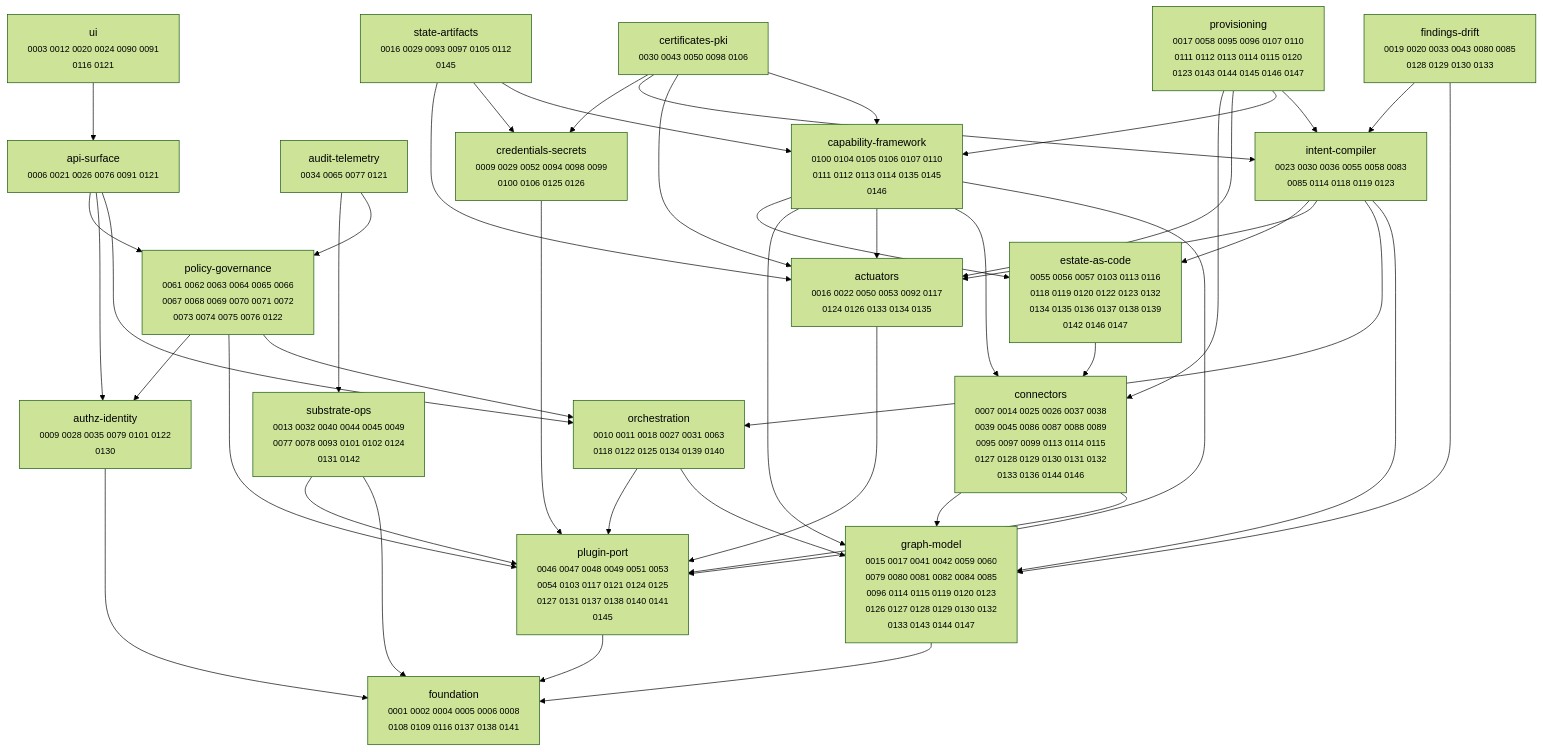
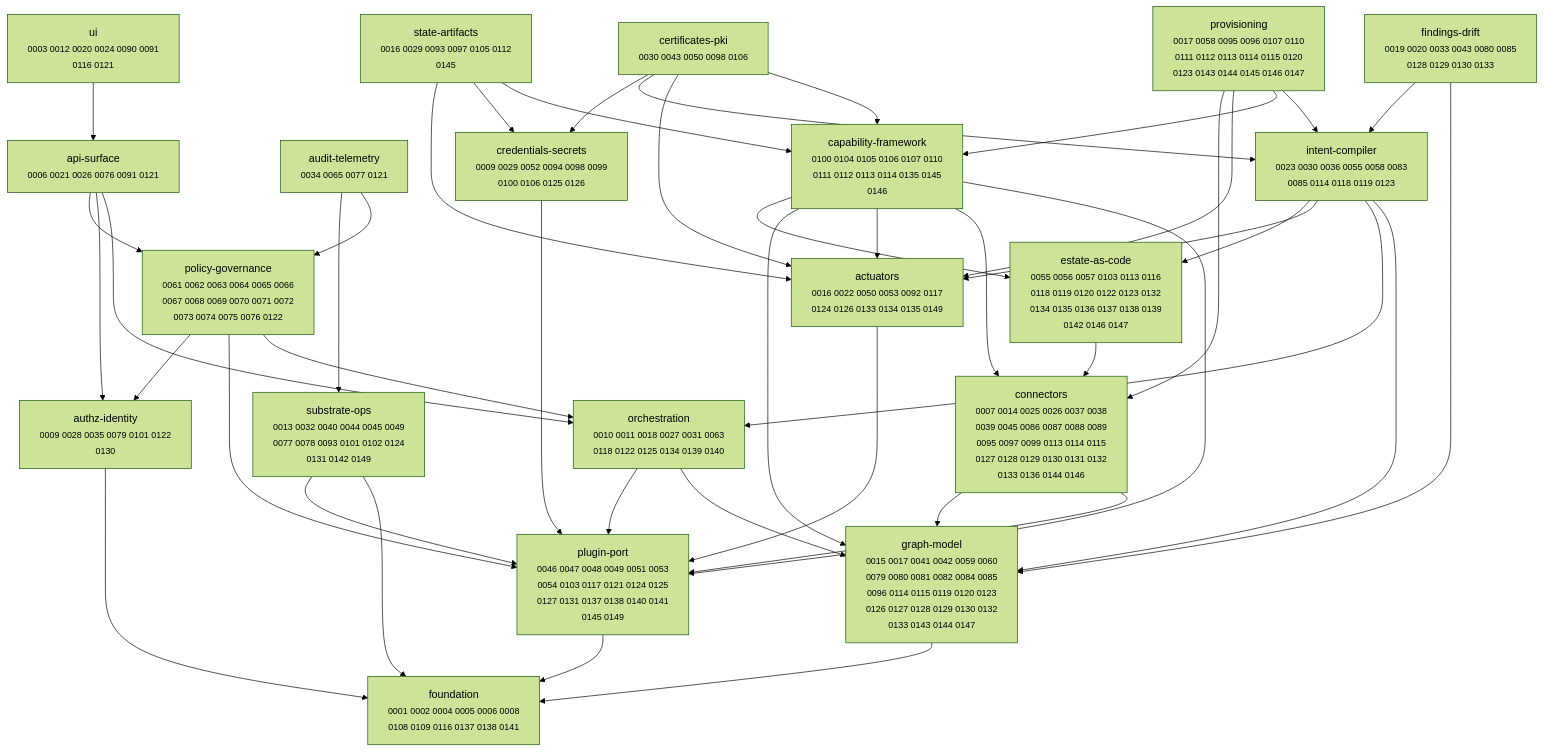
Before and after one commit to dstout-devops/stratt: the diagram in docs/adr/MAP.md, drawn with Mermaid (forest theme). The commit also changed other lines of this file and 13 other files, not shown here.

````diff
--- a/docs/adr/MAP.md
+++ b/docs/adr/MAP.md
@@ -11,67 +11,67 @@
 ```mermaid
 graph TD
-  actuators["actuators<br/><small>0016 0022 0050 0053 0092 0117<br/>0124 0126 0133 0134 0135</small>"]
+  actuators["actuators<br/><small>0016 0022 0050 0053 0092 0117<br/>0124 0126 0133 0134 0135 0149</small>"]
   api_surface["api-surface<br/><small>0006 0021 0026 0076 0091 0121</small>"]
   audit_telemetry["audit-telemetry<br/><small>0034 0065 0077 0121</small>"]
   authz_identity["authz-identity<br/><small>0009 0028 0035 0079 0101 0122<br/>0130</small>"]
   capability_framework["capability-framework<br/><small>0100 0104 0105 0106 0107 0110<br/>0111 0112 0113 0114 0135 0145<br/>0146</small>"]
   certificates_pki["certificates-pki<br/><small>0030 0043 0050 0098 0106</small>"]
   connectors["connectors<br/><small>0007 0014 0025 0026 0037 0038<br/>0039 0045 0086 0087 0088 0089<br/>0095 0097 0099 0113 0114 0115<br/>0127 0128 0129 0130 0131 0132<br/>0133 0136 0144 0146</small>"]
   credentials_secrets["credentials-secrets<br/><small>0009 0029 0052 0094 0098 0099<br/>0100 0106 0125 0126</small>"]
   estate_as_code["estate-as-code<br/><small>0055 0056 0057 0103 0113 0116<br/>0118 0119 0120 0122 0123 0132<br/>0134 0135 0136 0137 0138 0139<br/>0142 0146 0147</small>"]
   findings_drift["findings-drift<br/><small>0019 0020 0033 0043 0080 0085<br/>0128 0129 0130 0133</small>"]
   foundation["foundation<br/><small>0001 0002 0004 0005 0006 0008<br/>0108 0109 0116 0137 0138 0141</small>"]
   graph_model["graph-model<br/><small>0015 0017 0041 0042 0059 0060<br/>0079 0080 0081 0082 0084 0085<br/>0096 0114 0115 0119 0120 0123<br/>0126 0127 0128 0129 0130 0132<br/>0133 0143 0144 0147</small>"]
   intent_compiler["intent-compiler<br/><small>0023 0030 0036 0055 0058 0083<br/>0085 0114 0118 0119 0123</small>"]
   orchestration["orchestration<br/><small>0010 0011 0018 0027 0031 0063<br/>0118 0122 0125 0134 0139 0140</small>"]
-  plugin_port["plugin-port<br/><small>0046 0047 0048 0049 0051 0053<br/>0054 0103 0117 0121 0124 0125<br/>0127 0131 0137 0138 0140 0141<br/>0145</small>"]
+  plugin_port["plugin-port<br/><small>0046 0047 0048 0049 0051 0053<br/>0054 0103 0117 0121 0124 0125<br/>0127 0131 0137 0138 0140 0141<br/>0145 0149</small>"]
   policy_governance["policy-governance<br/><small>0061 0062 0063 0064 0065 0066<br/>0067 0068 0069 0070 0071 0072<br/>0073 0074 0075 0076 0122</small>"]
   provisioning["provisioning<br/><small>0017 0058 0095 0096 0107 0110<br/>0111 0112 0113 0114 0115 0120<br/>0123 0143 0144 0145 0146 0147</small>"]
   state_artifacts["state-artifacts<br/><small>0016 0029 0093 0097 0105 0112<br/>0145</small>"]
-  substrate_ops["substrate-ops<br/><small>0013 0032 0040 0044 0045 0049<br/>0077 0078 0093 0101 0102 0124<br/>0131 0142</small>"]
+  substrate_ops["substrate-ops<br/><small>0013 0032 0040 0044 0045 0049<br/>0077 0078 0093 0101 0102 0124<br/>0131 0142 0149</small>"]
   ui["ui<br/><small>0003 0012 0020 0024 0090 0091<br/>0116 0121</small>"]
 
   actuators --> plugin_port
   api_surface --> orchestration
   api_surface --> authz_identity
   api_surface --> policy_governance
   audit_telemetry --> policy_governance
   audit_telemetry --> substrate_ops
   authz_identity --> foundation
   capability_framework --> plugin_port
   capability_framework --> connectors
   capability_framework --> actuators
   capability_framework --> graph_model
   capability_framework --> estate_as_code
   certificates_pki --> capability_framework
   certificates_pki --> actuators
   certificates_pki --> intent_compiler
   certificates_pki --> credentials_secrets
   connectors --> plugin_port
   connectors --> graph_model
   credentials_secrets --> plugin_port
   estate_as_code --> connectors
   findings_drift --> graph_model
   findings_drift --> intent_compiler
   graph_model --> foundation
   intent_compiler --> graph_model
   intent_compiler --> orchestration
   intent_compiler --> actuators
   intent_compiler --> estate_as_code
   orchestration --> graph_model
   orchestration --> plugin_port
   plugin_port --> foundation
   policy_governance --> orchestration
   policy_governance --> plugin_port
   policy_governance --> authz_identity
   provisioning --> intent_compiler
   provisioning --> capability_framework
   provisioning --> actuators
   provisioning --> connectors
   state_artifacts --> capability_framework
   state_artifacts --> credentials_secrets
   state_artifacts --> actuators
   substrate_ops --> foundation
   substrate_ops --> plugin_port
   ui --> api_surface
 ```
````
